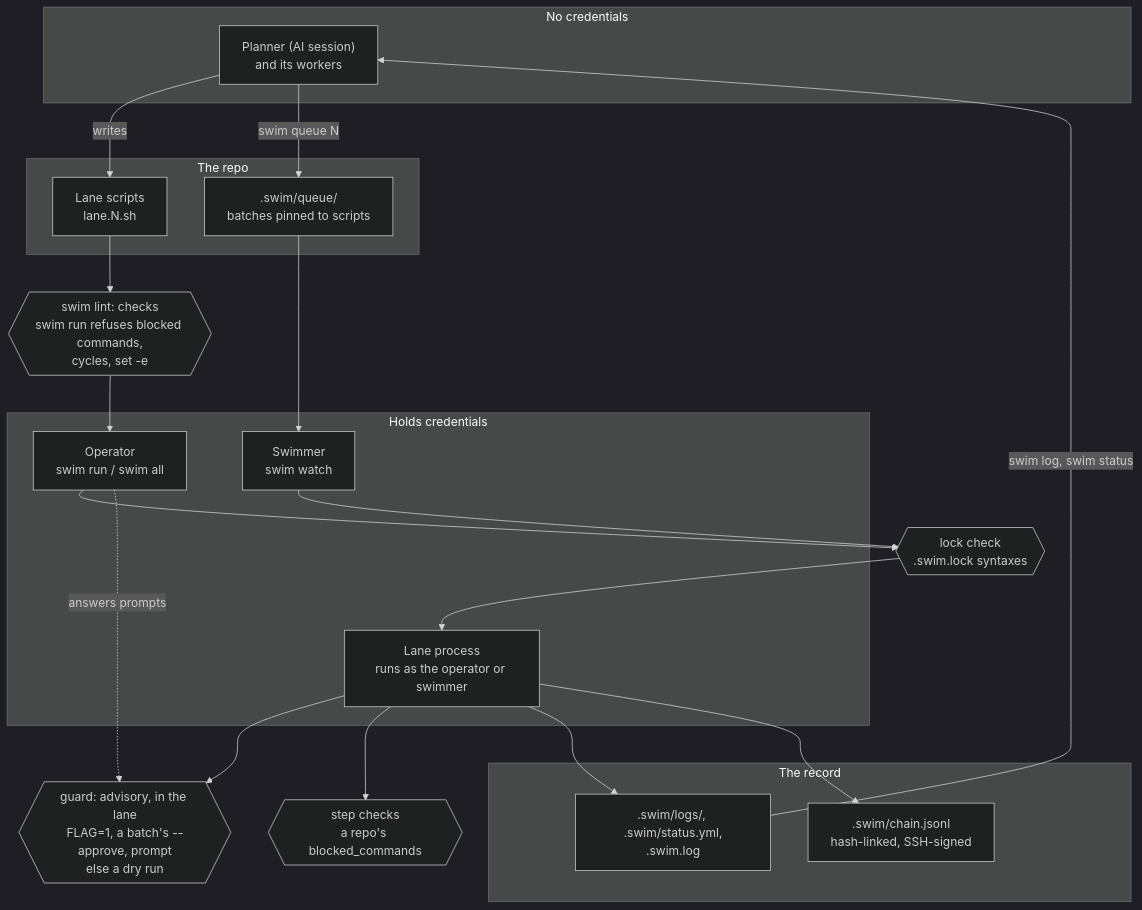
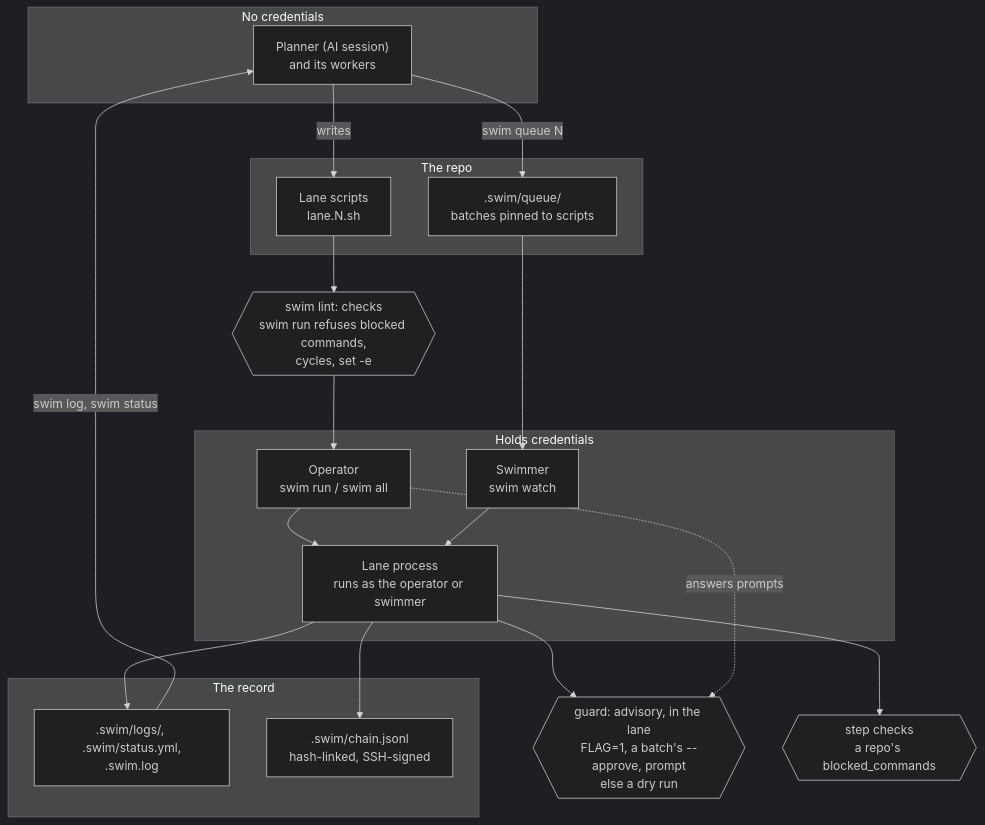
The diagram in docs/reference/architecture.md (gates-brightly/swimlane), drawn with Mermaid (dark theme) before and after one commit. The commit also changed other lines of this file and 45 other files, not shown here.

First line of the commit message:
One syntax number, and no .swim.lock: swim refuses only a newer file

````diff
--- a/docs/reference/architecture.md
+++ b/docs/reference/architecture.md
@@ -6,34 +6,33 @@
 ```mermaid
 flowchart TD
   subgraph nocreds["No credentials"]
     P["Planner (AI session)<br/>and its workers"]
   end
   subgraph repo["The repo"]
     L["Lane scripts<br/>lane.N.sh"]
     Q[".swim/queue/<br/>batches pinned to scripts"]
   end
   subgraph creds["Holds credentials"]
     O["Operator<br/>swim run / swim all"]
     W["Swimmer<br/>swim watch"]
     X["Lane process<br/>runs as the operator or swimmer"]
   end
   subgraph record["The record"]
     S[".swim/logs/, .swim/status.yml,<br/>.swim.log"]
     C[".swim/chain.jsonl<br/>hash-linked, SSH-signed"]
   end
 
   P -->|writes| L
   P -->|swim queue N| Q
   L --> PL{{"swim lint: checks<br/>swim run refuses blocked commands,<br/>cycles, set -e"}}
   PL --> O
   Q --> W
-  O --> LK{{"lock check<br/>.swim.lock syntaxes"}}
-  W --> LK
-  LK --> X
+  O --> X
+  W --> X
   X --> G{{"guard: advisory, in the lane<br/>FLAG=1, a batch's --approve, prompt<br/>else a dry run"}}
   O -.->|answers prompts| G
   X --> SH{{"step checks<br/>a repo's blocked_commands"}}
   X --> S
   X --> C
   S -->|swim log, swim status| P
 ```
````
